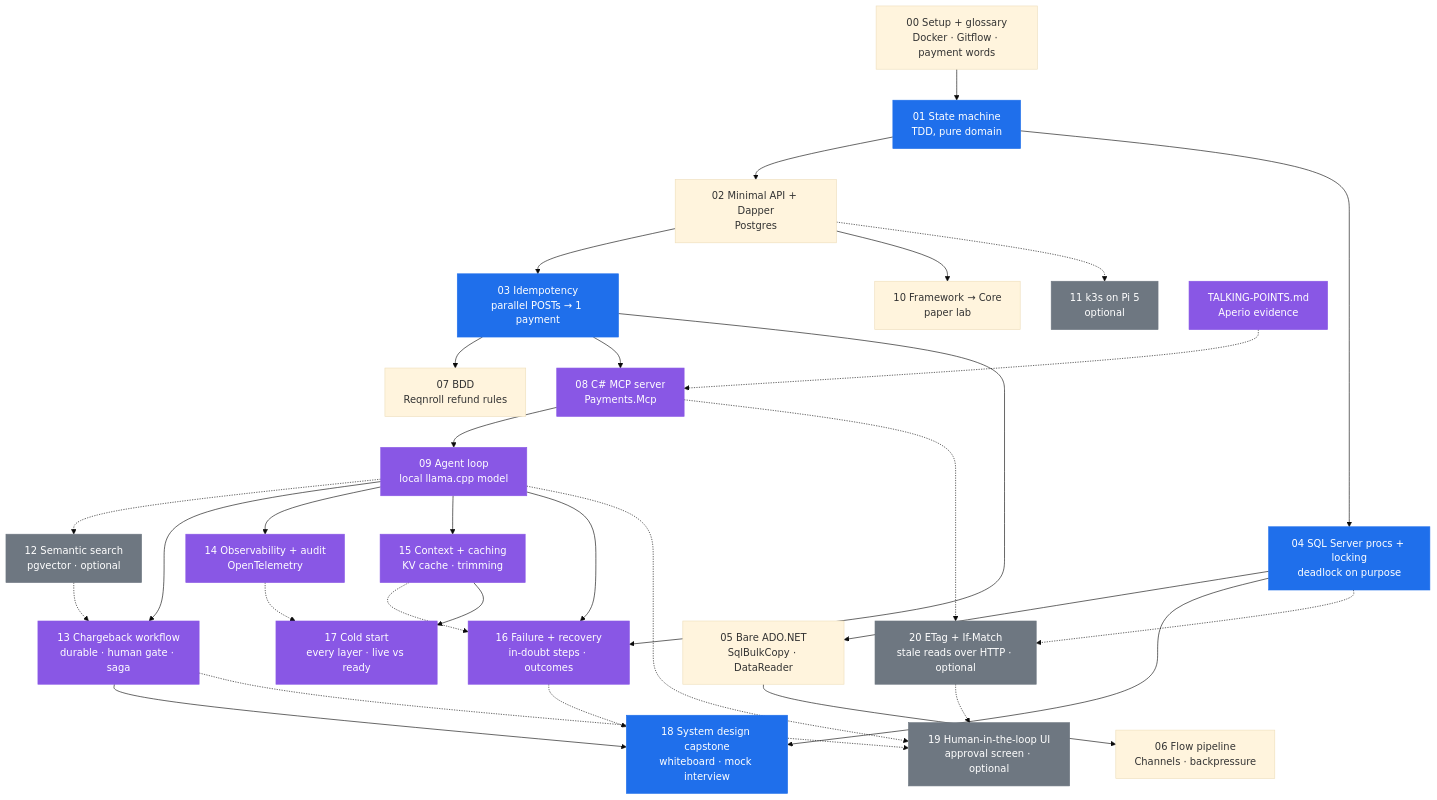
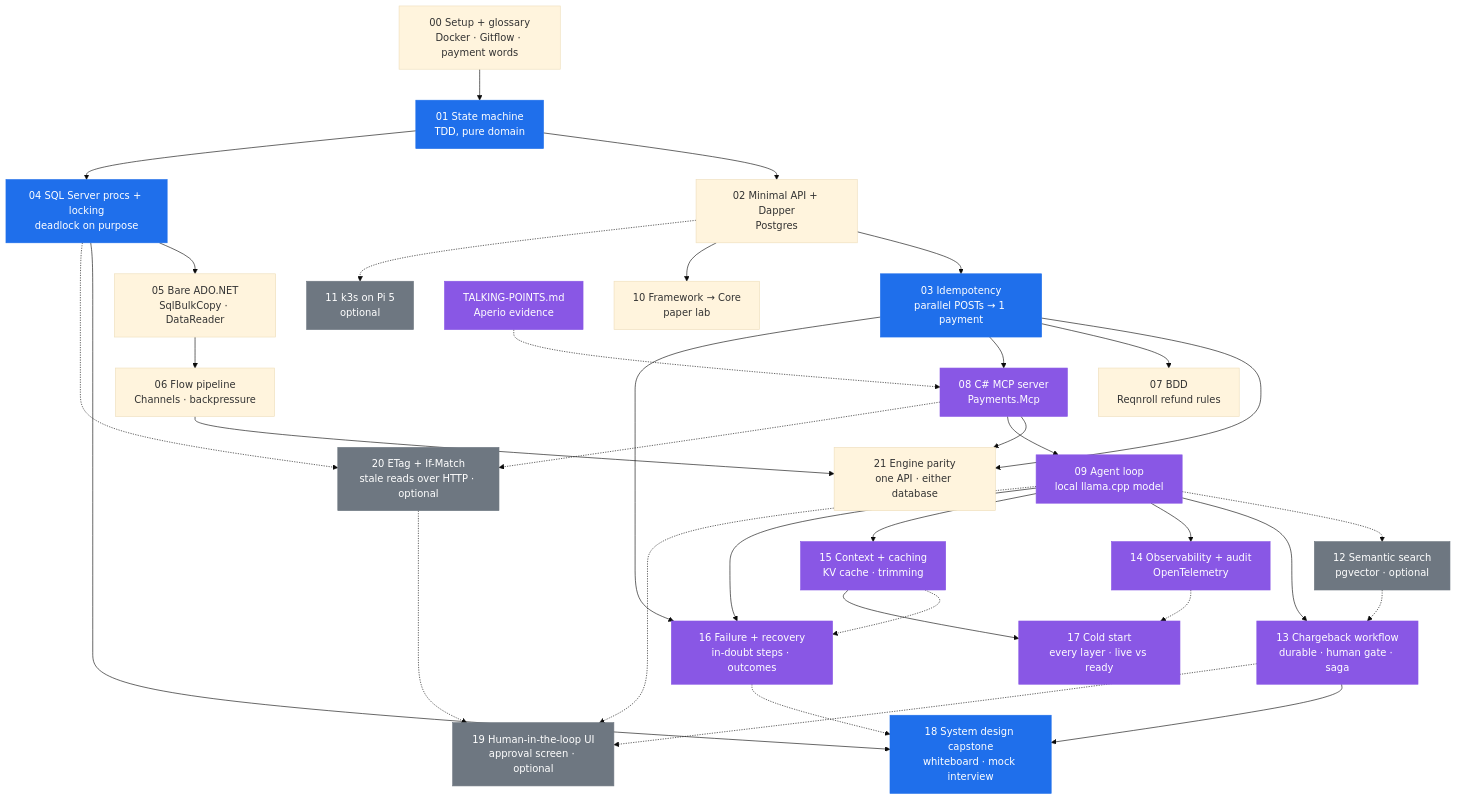
One commit to BaiGanio/agent-ready-payments changed the second of 2 diagrams in docs/plan/PLAN.md. Above: the diagram before and after it, drawn with Mermaid (base theme). The commit also changed other lines of this file and 5 other files, not shown here.

First line of the commit message:
docs(plan): add lab 21 engine parity and tighten the lockstep rule

````diff
--- a/docs/plan/PLAN.md
+++ b/docs/plan/PLAN.md
@@ -160,58 +162,62 @@
 ```mermaid
 flowchart TD
     L00["00 Setup + glossary<br/>Docker · Gitflow · payment words"]
     L01["01 State machine<br/>TDD, pure domain"]
     L02["02 Minimal API + Dapper<br/>Postgres"]
     L03["03 Idempotency<br/>parallel POSTs → 1 payment"]
     L04["04 SQL Server procs + locking<br/>deadlock on purpose"]
     L05["05 Bare ADO.NET<br/>SqlBulkCopy · DataReader"]
     L06["06 Flow pipeline<br/>Channels · backpressure"]
     L07["07 BDD<br/>Reqnroll refund rules"]
     L08["08 C# MCP server<br/>Payments.Mcp"]
     L09["09 Agent loop<br/>local llama.cpp model"]
     L10["10 Framework → Core<br/>paper lab"]
     L11["11 k3s on Pi 5<br/>optional"]
     L12["12 Semantic search<br/>pgvector · optional"]
     L13["13 Chargeback workflow<br/>durable · human gate · saga"]
     L14["14 Observability + audit<br/>OpenTelemetry"]
     L15["15 Context + caching<br/>KV cache · trimming"]
     L16["16 Failure + recovery<br/>in-doubt steps · outcomes"]
     L17["17 Cold start<br/>every layer · live vs ready"]
     L18["18 System design capstone<br/>whiteboard · mock interview"]
     L19["19 Human-in-the-loop UI<br/>approval screen · optional"]
     L20["20 ETag + If-Match<br/>stale reads over HTTP · optional"]
+    L21["21 Engine parity<br/>one API · either database"]
     TP["TALKING-POINTS.md<br/>Aperio evidence"]
 
     L00 --> L01 --> L02 --> L03
     L01 --> L04 --> L05 --> L06
+    L06 --> L21
+    L03 --> L21
+    L08 --> L21
     L03 --> L07
     L03 --> L08 --> L09
     L02 --> L10
     L02 -.-> L11
     L09 -.-> L12
     L09 --> L13
     L12 -.-> L13
     L09 --> L14
     L09 --> L15
     L09 --> L16
     L03 --> L16
     L15 -.-> L16
     L15 --> L17
     L14 -.-> L17
     L13 --> L18
     L04 --> L18
     L16 -.-> L18
     L09 -.-> L19
     L13 -.-> L19
     L04 -.-> L20
     L08 -.-> L20
     L20 -.-> L19
     TP -.-> L08
 
     classDef core fill:#1f6feb,color:#fff,stroke:#1f6feb
     classDef ai fill:#8957e5,color:#fff,stroke:#8957e5
     classDef opt fill:#6e7781,color:#fff,stroke:#6e7781
     class L01,L03,L04,L18 core
     class L08,L09,L13,L14,L15,L16,L17,TP ai
     class L11,L12,L19,L20 opt
 ```
````
